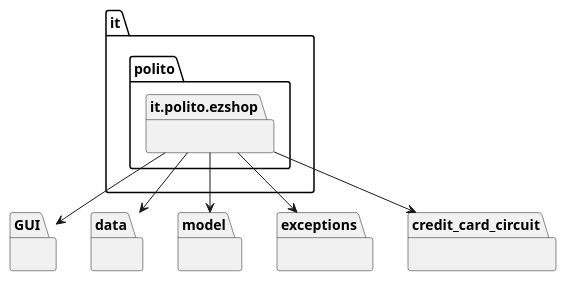
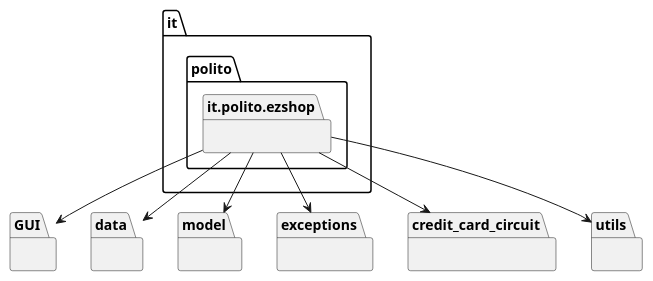
Before and after one commit to polito-se2-21-r03/se1-ezshop: the first of 13 diagrams in Deliverables/DesignDocument.md, drawn with PlantUML. The commit also changed other lines of this file, not shown here.

````diff
--- a/Deliverables/DesignDocument.md
+++ b/Deliverables/DesignDocument.md
@@ -27,19 +27,21 @@
 ```plantuml
 @startuml
 
 package "it.polito.ezshop" {}
 
 package "GUI" {}
 package "data" {}
 package "model" {}
 package "exceptions" {}
 package "credit_card_circuit" {}
+package "utils" {}
 
 "it.polito.ezshop" --> "GUI"
 "it.polito.ezshop" --> "data"
 "it.polito.ezshop" --> "model"
 "it.polito.ezshop" --> "exceptions"
 "it.polito.ezshop" --> "credit_card_circuit"
+"it.polito.ezshop" --> "utils"
 
 @enduml
 ```
````
